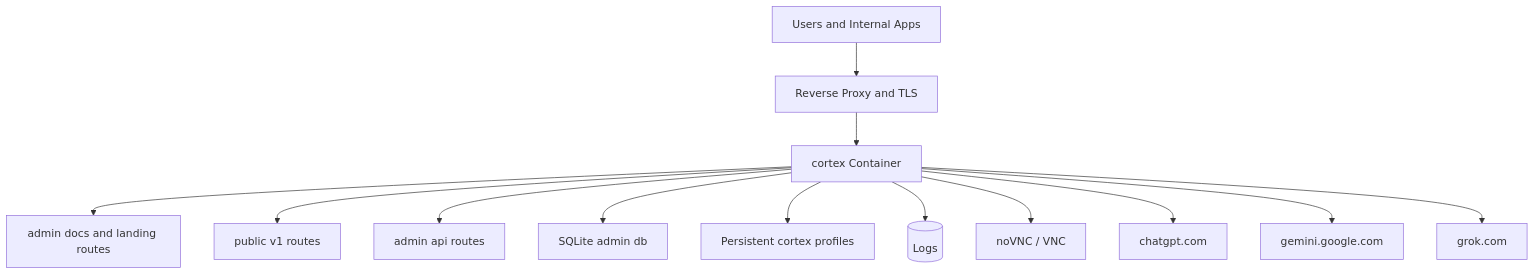
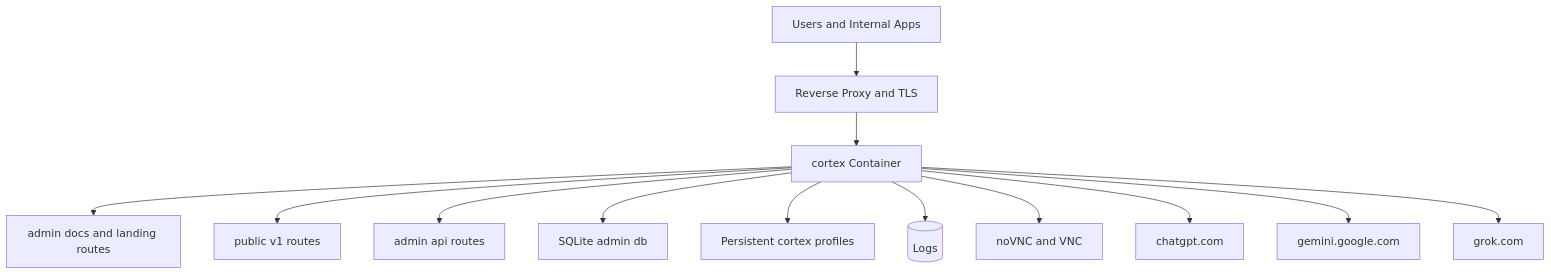
One commit to Th3X-Zohir/cortex changed the fifth of 11 diagrams in README.md. Above: the diagram before and after it, drawn with Mermaid. The commit also changed other lines of this file and 2 other files, not shown here.

Commit message:
docs: update README with improved flowchart labels and add animated SVG walkthroughs for setup and request flow

````diff
--- a/README.md
+++ b/README.md
@@ -202,15 +202,15 @@
 ```mermaid
 flowchart TB
     U["Users and Internal Apps"] --> RP["Reverse Proxy and TLS"]
     RP --> CX["cortex Container"]
     CX --> UI["admin docs and landing routes"]
     CX --> API["public v1 routes"]
     CX --> ADM["admin api routes"]
     CX --> DB["SQLite admin db"]
     CX --> PF["Persistent cortex profiles"]
     CX --> LG[(Logs)]
-    CX --> VNC[noVNC / VNC]
+    CX --> VNC["noVNC and VNC"]
     CX --> CG[chatgpt.com]
     CX --> GM[gemini.google.com]
     CX --> GK[grok.com]
 ```
````
